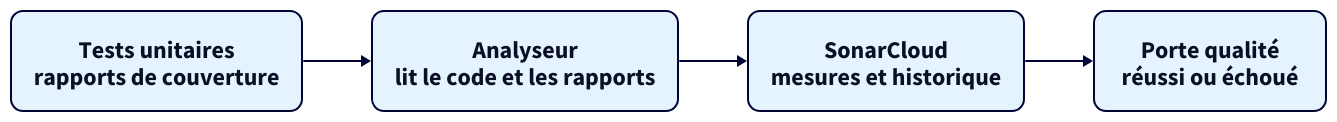
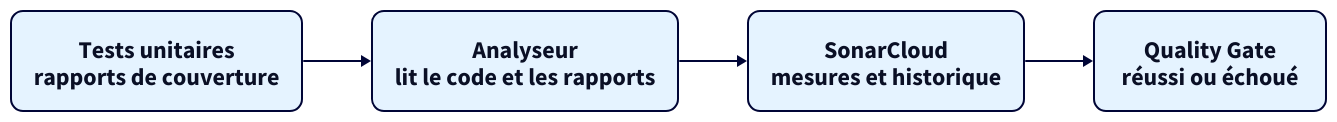
The diagram in docs/outils/sonarcloud.md (kitaah/pme), drawn with D2 before and after one commit. The commit also changed other lines of this file and 5 other files, not shown here.

````diff
--- a/docs/outils/sonarcloud.md
+++ b/docs/outils/sonarcloud.md
@@ -31,29 +42,29 @@
 ```d2
 vars: {
   d2-config: {
     layout-engine: elk
     theme-id: 5
     pad: 8
   }
 }
 direction: right
 
 # Mise en forme commune : texte lisible à la largeur de la page, angles arrondis
 classes: {
   boite: {
     style: {
       font-size: 24
       border-radius: 12
     }
   }
 }
 
 tests: "Tests unitaires\nrapports de couverture" {class: boite}
 analyseur: "Analyseur\nlit le code et les rapports" {class: boite}
 service: "SonarCloud\nmesures et historique" {class: boite}
-verdict: "Porte qualité\nréussi ou échoué" {class: boite}
+verdict: "Quality Gate\nréussi ou échoué" {class: boite}
 
 tests -> analyseur
 analyseur -> service
 service -> verdict
 ```
````
